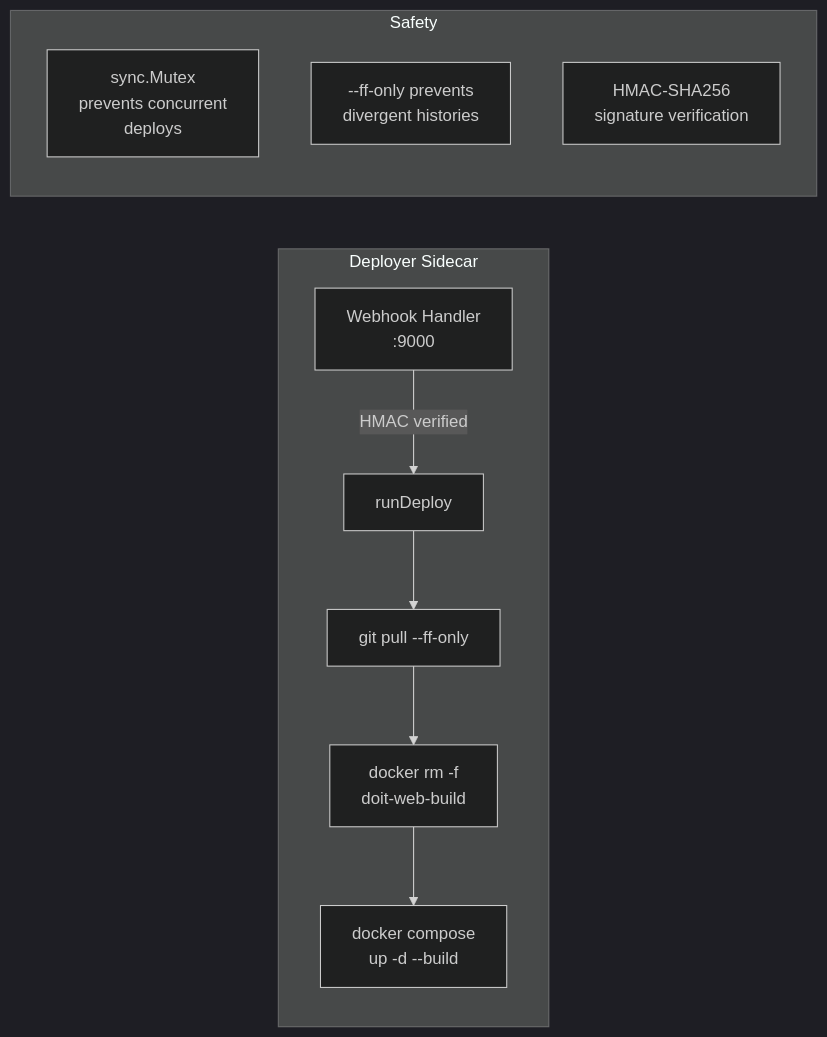
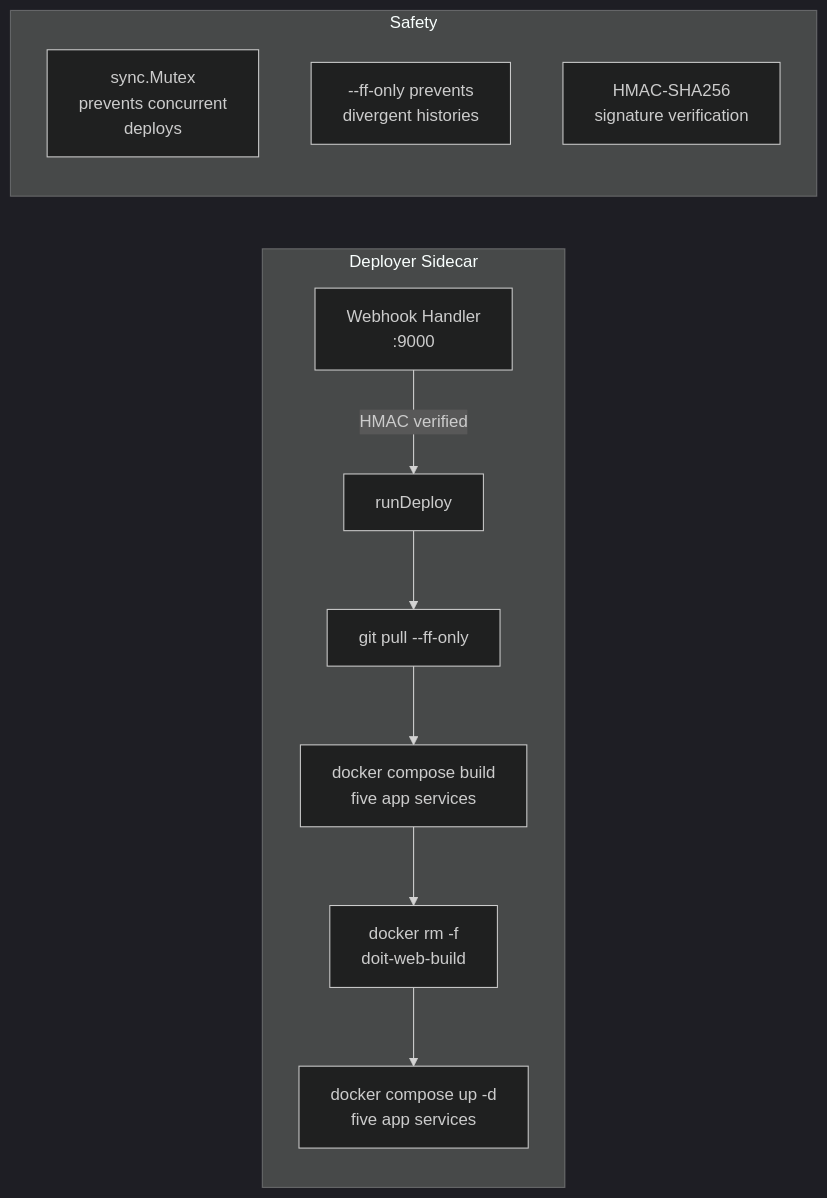
One commit to vasi1796/doit changed the third of 3 diagrams in docs/diagrams/006-system-overview.md. Above: the diagram before and after it, drawn with Mermaid (dark theme). The commit also changed other lines of this file and 22 other files, not shown here.

````diff
--- a/docs/diagrams/006-system-overview.md
+++ b/docs/diagrams/006-system-overview.md
@@ -119,15 +126,16 @@
 ```mermaid
 flowchart LR
     subgraph "Deployer Sidecar"
         WH[Webhook Handler<br/>:9000] -->|HMAC verified| Deploy[runDeploy]
         Deploy --> Pull[git pull --ff-only]
-        Pull --> RM[docker rm -f<br/>doit-web-build]
-        RM --> Up[docker compose<br/>up -d --build]
+        Pull --> Build[docker compose build<br/>five app services]
+        Build --> RM[docker rm -f<br/>doit-web-build]
+        RM --> Up[docker compose up -d<br/>five app services]
     end
 
     subgraph "Safety"
         Mutex[sync.Mutex<br/>prevents concurrent<br/>deploys]
         FFOnly[--ff-only prevents<br/>divergent histories]
         HMAC[HMAC-SHA256<br/>signature verification]
     end
 ```
````
